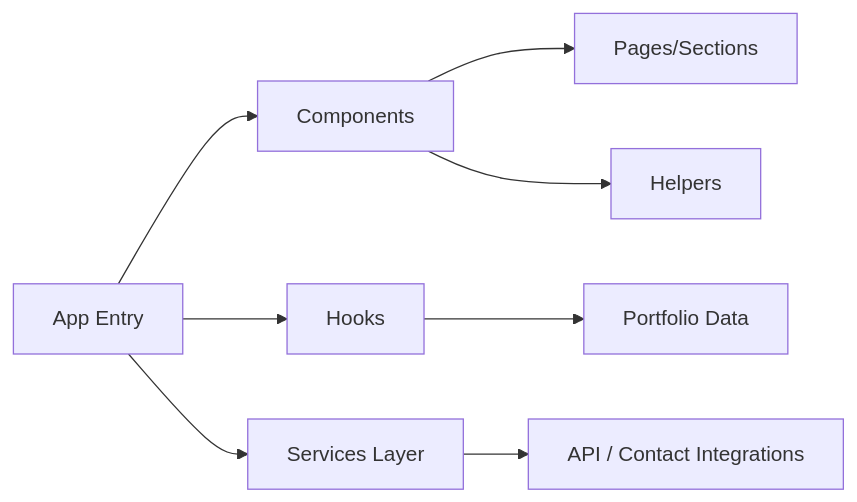
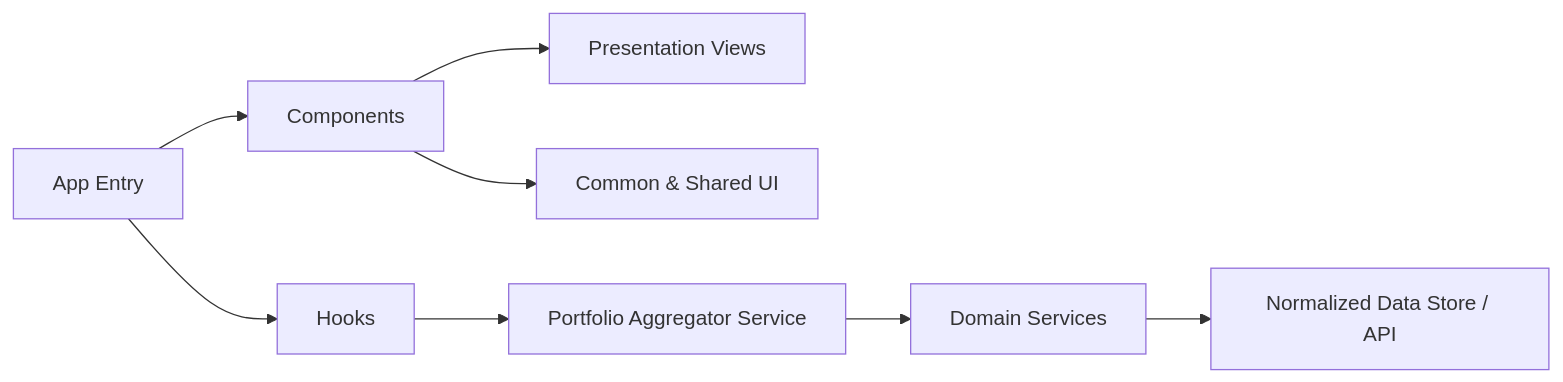
Before and after one commit to Haiderali445/portfolio-website: the second of 4 diagrams in README.md, drawn with Mermaid. The commit also changed other lines of this file and 50 other files, not shown here.

Commit message:
feat(architecture): refactor to 3-tier domain service layer, dynamic data modules, and updated UI components

````diff
--- a/README.md
+++ b/README.md
@@ -144,10 +179,11 @@
 ```mermaid
 flowchart LR
     A[App Entry] --> B[Components]
-    B --> C[Pages/Sections]
-    B --> D[Helpers]
+    B --> C[Presentation Views]
+    B --> D[Common & Shared UI]
     A --> E[Hooks]
-    E --> F[Portfolio Data]
-    A --> G[Services Layer]
-    G --> H[API / Contact Integrations]
+    E --> F[Portfolio Aggregator Service]
+    F --> G[Domain Services]
+    G --> H[Normalized Data Store / API]
+
 ```
````
